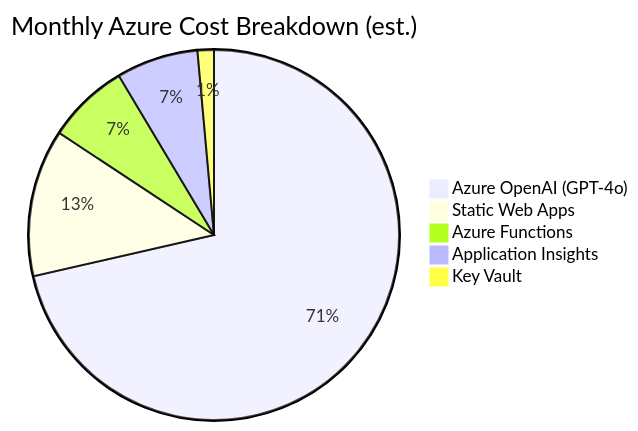
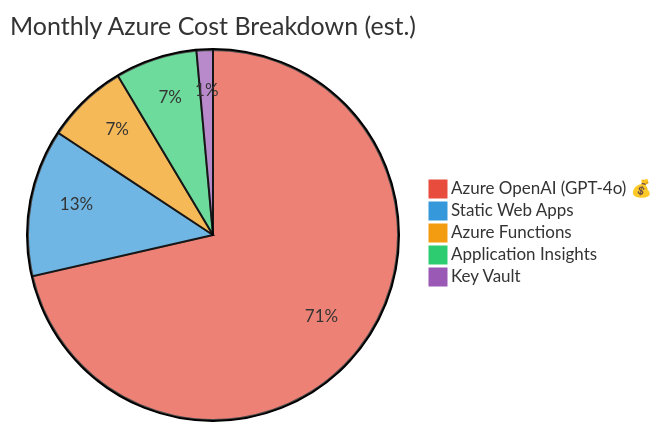
One commit to fredgis/OfficeAddin changed the third of 5 diagrams in docs/estimation.md. Above: the diagram before and after it, drawn with Mermaid. The commit also changed other lines of this file and 1 other file, not shown here.

First line of the commit message:
docs: enhance Mermaid diagrams with colors and fix broken charts

````diff
--- a/docs/estimation.md
+++ b/docs/estimation.md
@@ -96,8 +101,9 @@
 ```mermaid
+%%{init: {'theme': 'base', 'themeVariables': {'pie1': '#E74C3C', 'pie2': '#3498DB', 'pie3': '#F39C12', 'pie4': '#2ECC71', 'pie5': '#9B59B6', 'pieStrokeWidth': '2px'}}}%%
 pie title Monthly Azure Cost Breakdown (est.)
-    "Azure OpenAI (GPT-4o)" : 50
+    "Azure OpenAI (GPT-4o) 💰" : 50
     "Static Web Apps" : 9
     "Azure Functions" : 5
     "Application Insights" : 5
     "Key Vault" : 1
 ```
````
